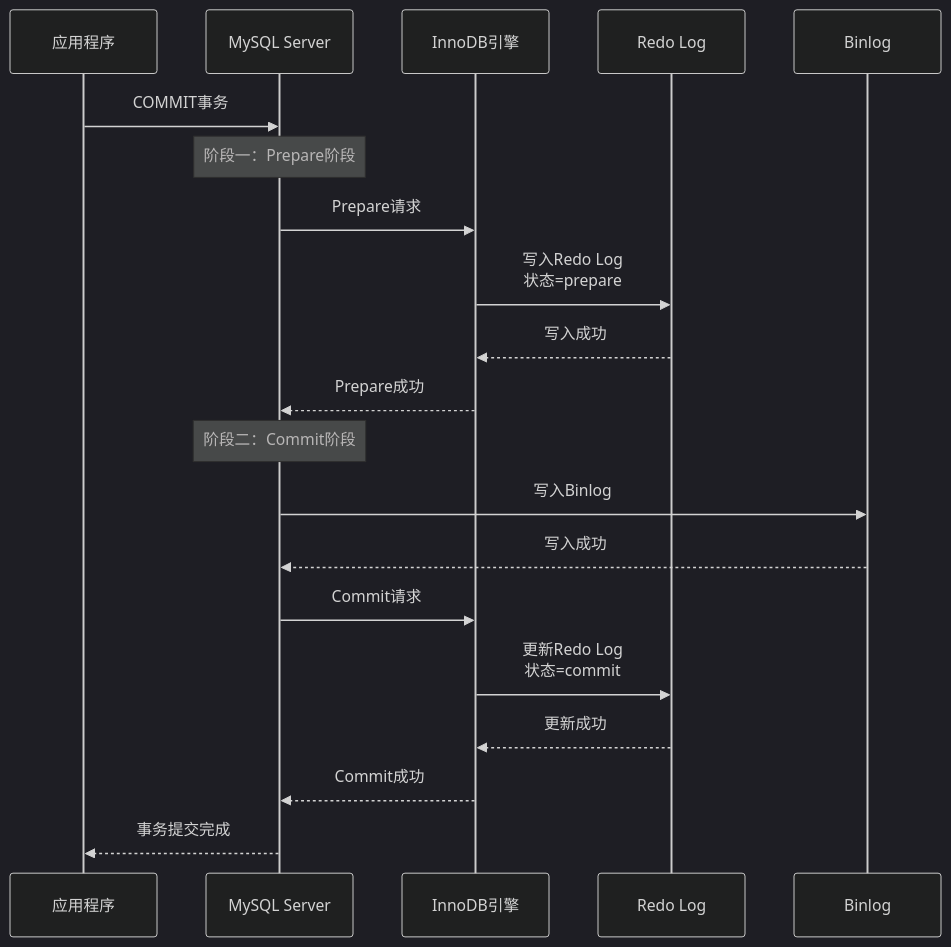
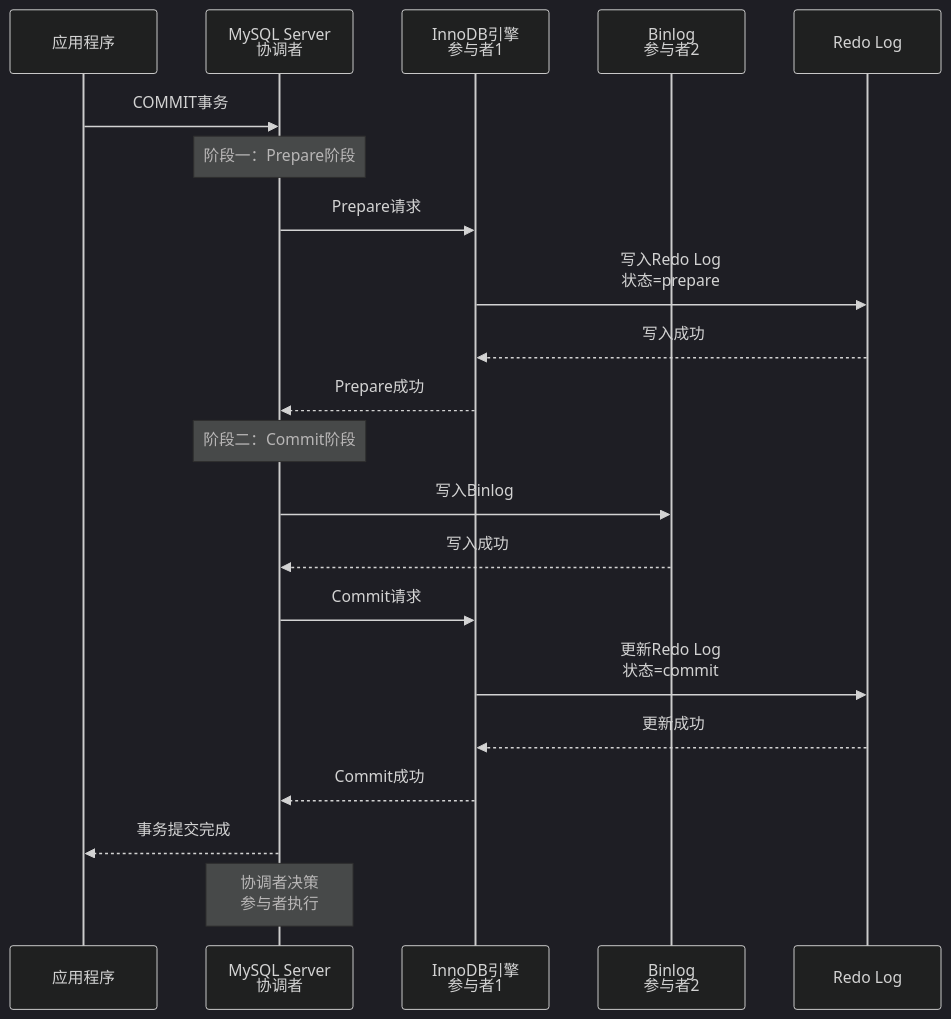
Before and after one commit to weiqiangxu/docs: diagram 14 of 27 in posts/architecture/2pc.md, drawn with Mermaid (dark theme). The commit also changed other lines of this file and 1 other file, not shown here.

````diff
--- a/posts/architecture/2pc.md
+++ b/posts/architecture/2pc.md
@@ -406,27 +458,29 @@
 ```mermaid
 sequenceDiagram
     participant App as 应用程序
-    participant MySQL as MySQL Server
-    participant InnoDB as InnoDB引擎
+    participant TC as MySQL Server<br/>协调者
+    participant InnoDB as InnoDB引擎<br/>参与者1
+    participant Binlog as Binlog<br/>参与者2
     participant Redo as Redo Log
-    participant Binlog as Binlog
     
-    App->>MySQL: COMMIT事务
+    App->>TC: COMMIT事务
     
-    Note over MySQL: 阶段一：Prepare阶段
-    MySQL->>InnoDB: Prepare请求
+    Note over TC: 阶段一：Prepare阶段
+    TC->>InnoDB: Prepare请求
     InnoDB->>Redo: 写入Redo Log<br/>状态=prepare
     Redo-->>InnoDB: 写入成功
-    InnoDB-->>MySQL: Prepare成功
+    InnoDB-->>TC: Prepare成功
     
-    Note over MySQL: 阶段二：Commit阶段
-    MySQL->>Binlog: 写入Binlog
-    Binlog-->>MySQL: 写入成功
+    Note over TC: 阶段二：Commit阶段
+    TC->>Binlog: 写入Binlog
+    Binlog-->>TC: 写入成功
     
-    MySQL->>InnoDB: Commit请求
+    TC->>InnoDB: Commit请求
     InnoDB->>Redo: 更新Redo Log<br/>状态=commit
     Redo-->>InnoDB: 更新成功
-    InnoDB-->>MySQL: Commit成功
+    InnoDB-->>TC: Commit成功
     
-    MySQL-->>App: 事务提交完成
+    TC-->>App: 事务提交完成
+    
+    Note over TC: 协调者决策<br/>参与者执行
 ```
````
